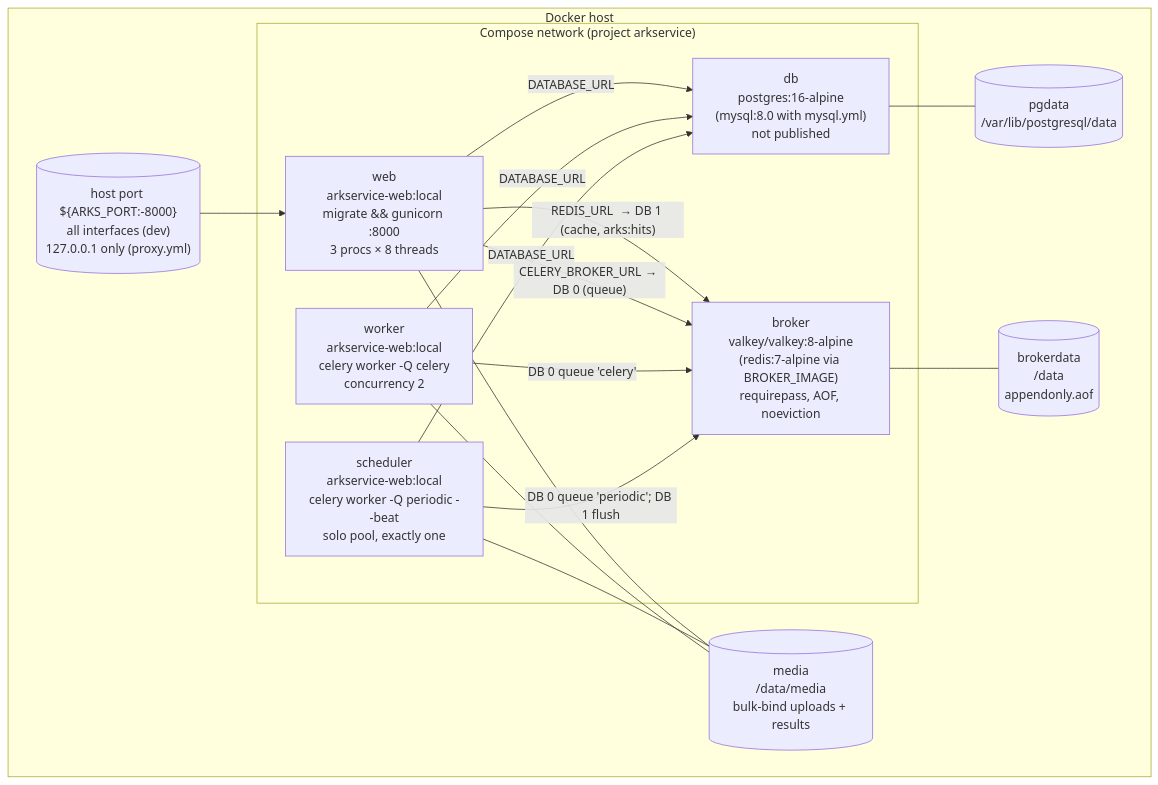
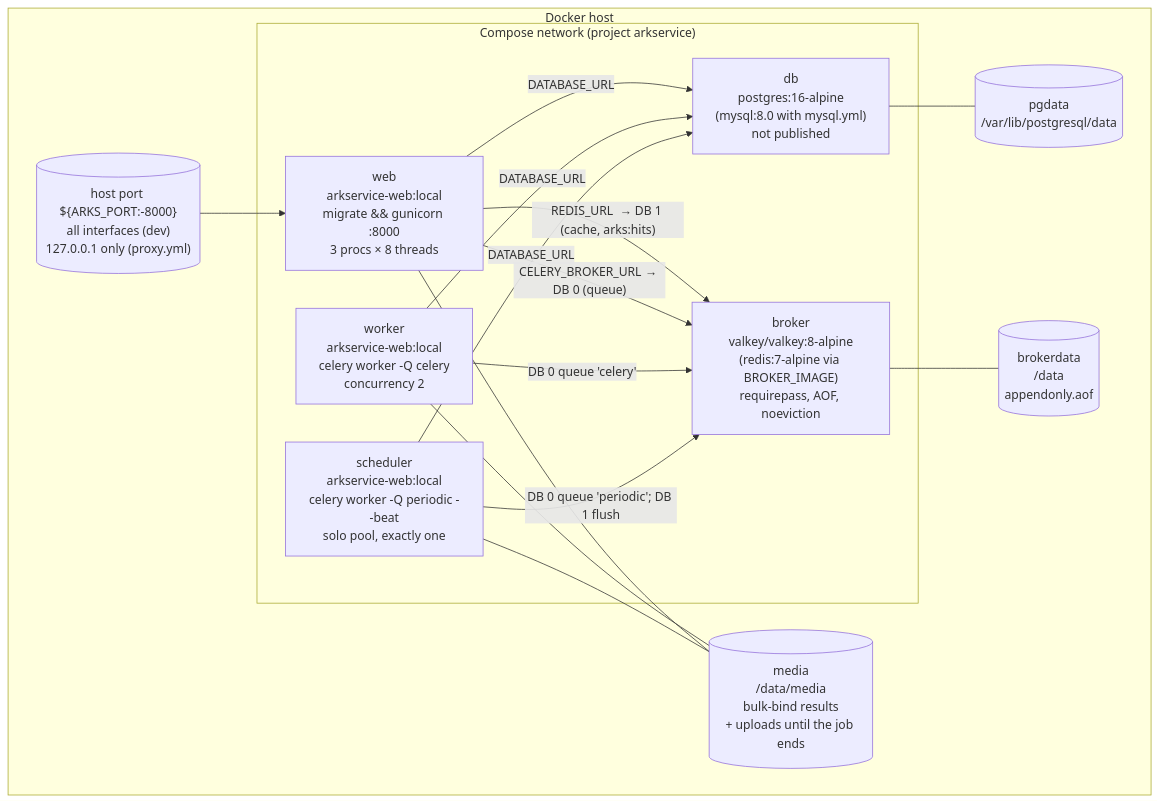
One commit to digitalutsc/docker-arks-service changed the second of 9 diagrams in docs/GUIDES.md. Above: the diagram before and after it, drawn with Mermaid. The commit also changed other lines of this file and 1 other file, not shown here.

Commit message:
Document that bulk-bind uploads are deleted when their job ends
The application now deletes an uploaded CSV as soon as its job has run, so
the media volume holds results files plus the uploads of pending or running
jobs. BULK_BIND_RETENTION_DAYS covers the results file and the job row.

Part of INTENTS_bulk_bind_uploads.md (workspace root).

````diff
--- a/docs/GUIDES.md
+++ b/docs/GUIDES.md
@@ -113,29 +113,29 @@
 ```mermaid
 graph TB
   subgraph host["Docker host"]
     PORT[("host port ${ARKS_PORT:-8000}<br/>all interfaces (dev)<br/>127.0.0.1 only (proxy.yml)")]
     subgraph net["Compose network (project arkservice)"]
       WEB["web<br/>arkservice-web:local<br/>migrate && gunicorn :8000<br/>3 procs × 8 threads"]
       WORKER["worker<br/>arkservice-web:local<br/>celery worker -Q celery<br/>concurrency 2"]
       SCHED["scheduler<br/>arkservice-web:local<br/>celery worker -Q periodic --beat<br/>solo pool, exactly one"]
       DB["db<br/>postgres:16-alpine<br/>(mysql:8.0 with mysql.yml)<br/>not published"]
       BROKER["broker<br/>valkey/valkey:8-alpine<br/>(redis:7-alpine via BROKER_IMAGE)<br/>requirepass, AOF, noeviction"]
     end
     PG[("pgdata<br/>/var/lib/postgresql/data")]
-    MEDIA[("media<br/>/data/media<br/>bulk-bind uploads + results")]
+    MEDIA[("media<br/>/data/media<br/>bulk-bind results<br/>+ uploads until the job ends")]
     BD[("brokerdata<br/>/data<br/>appendonly.aof")]
   end
   PORT --> WEB
   WEB -- "DATABASE_URL" --> DB
   WORKER -- "DATABASE_URL" --> DB
   SCHED -- "DATABASE_URL" --> DB
   WEB -- "REDIS_URL  → DB 1 (cache, arks:hits)" --> BROKER
   WEB -- "CELERY_BROKER_URL → DB 0 (queue)" --> BROKER
   WORKER -- "DB 0 queue 'celery'" --> BROKER
   SCHED -- "DB 0 queue 'periodic'; DB 1 flush" --> BROKER
   DB --- PG
   WEB --- MEDIA
   WORKER --- MEDIA
   SCHED --- MEDIA
   BROKER --- BD
 ```
````
